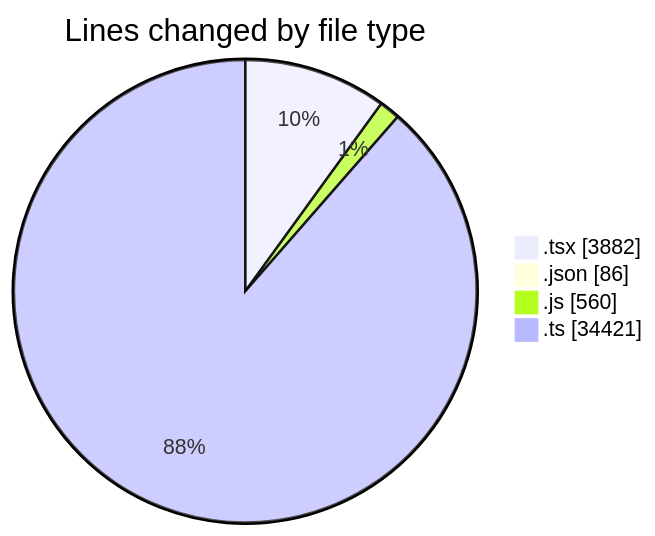
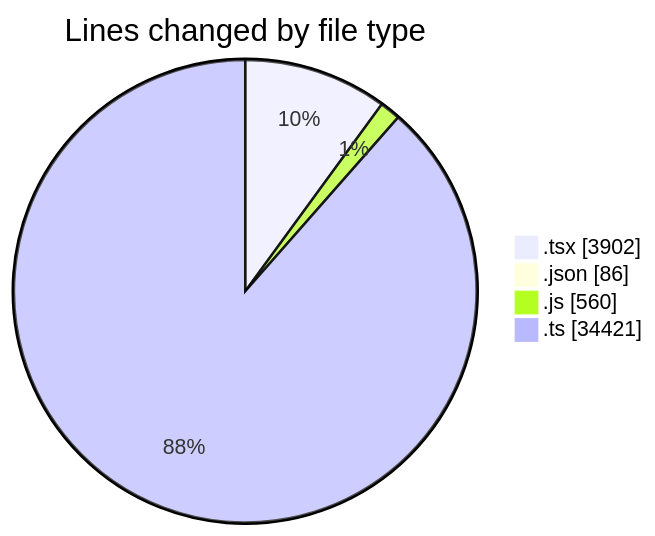
The first of 2 diagrams in 2025-11-10/cda/README.md (momahboobian/code-tracking), drawn with Mermaid before and after one commit. The commit also changed other lines of this file and 1 other file, not shown here.

````diff
--- a/2025-11-10/cda/README.md
+++ b/2025-11-10/cda/README.md
@@ -39,8 +39,8 @@
 ```mermaid
 pie showData
 title Lines changed by file type
-".tsx" : 3882
+".tsx" : 3902
 ".json" : 86
 ".js" : 560
 ".ts" : 34421
 ```
````
